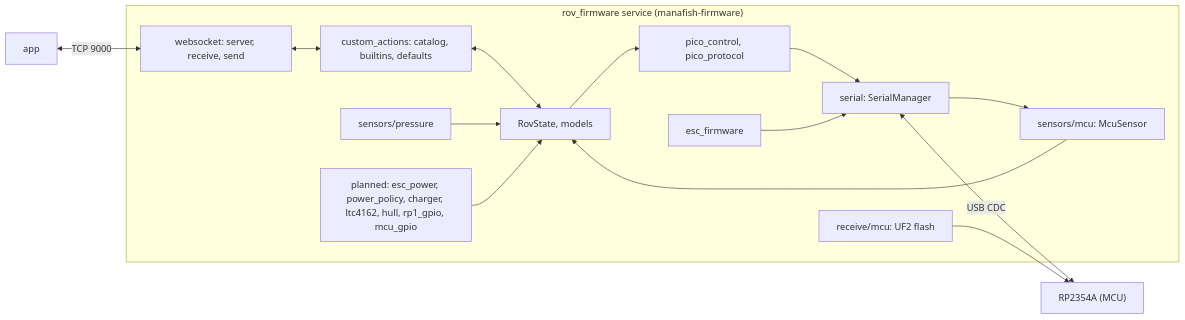
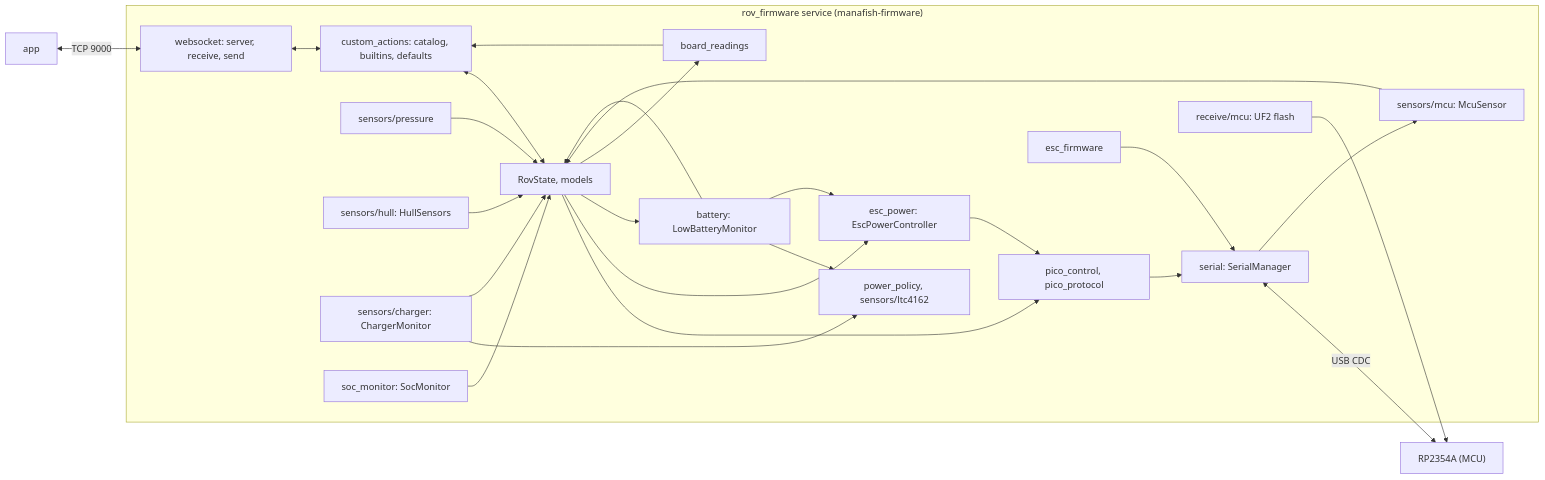
Before and after one commit to Tropaion/Manafish_Mainboard: the third of 3 diagrams in docs/wiki/05-Building-Block-View.md, drawn with Mermaid. The commit also changed other lines of this file and 75 other files, not shown here.

First line of the commit message:
Port the CM5 service to the mainboard's ESC switch, charger and sensors

````diff
--- a/docs/wiki/05-Building-Block-View.md
+++ b/docs/wiki/05-Building-Block-View.md
@@ -149,29 +149,46 @@
 ```mermaid
 flowchart LR
   app["app"]
   mcu["RP2354A (MCU)"]
   subgraph svc["rov_firmware service (manafish-firmware)"]
     ws["websocket: server, receive, send"]
     ca["custom_actions: catalog, builtins, defaults"]
     st["RovState, models"]
     pc["pico_control, pico_protocol"]
     ser["serial: SerialManager"]
     ms["sensors/mcu: McuSensor"]
     pr["sensors/pressure"]
     fl["receive/mcu: UF2 flash"]
     esc["esc_firmware"]
-    pl["planned: esc_power, power_policy, charger, ltc4162, hull, rp1_gpio, mcu_gpio"]
+    epc["esc_power: EscPowerController"]
+    hu["sensors/hull: HullSensors"]
+    chm["sensors/charger: ChargerMonitor"]
+    pp["power_policy, sensors/ltc4162"]
+    bat["battery: LowBatteryMonitor"]
+    soc["soc_monitor: SocMonitor"]
+    br["board_readings"]
   end
   app <-->|"TCP 9000"| ws
   ws <--> ca
   ca <--> st
   st --> pc
   pc --> ser
   ser <-->|"USB CDC"| mcu
   ser --> ms
   ms --> st
   pr --> st
   fl --> mcu
   esc --> ser
-  pl --> st
+  epc --> pc
+  st --> epc
+  hu --> st
+  chm --> pp
+  chm --> st
+  bat --> pp
+  st --> bat
+  bat --> st
+  bat --> epc
+  soc --> st
+  st --> br
+  br --> ca
 ```
````
